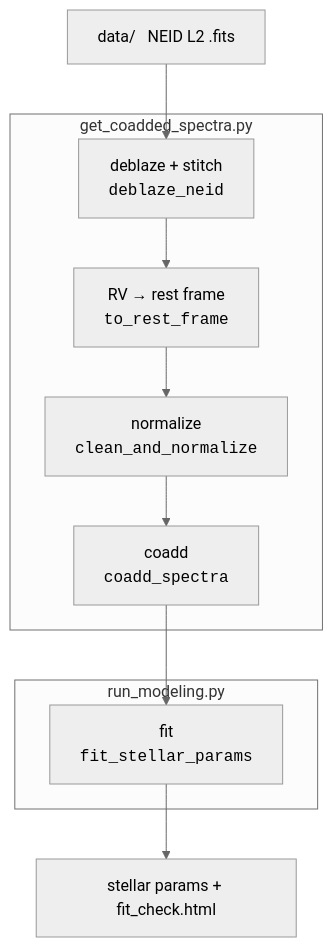
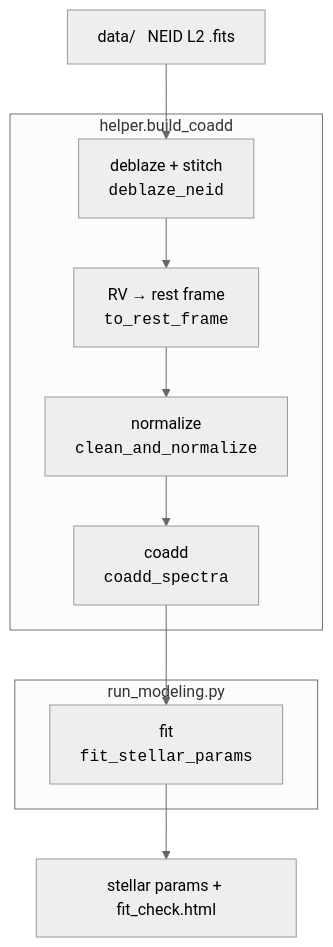
Before and after one commit to wangxianyu7/NEID_iSpec: the diagram in README.md, drawn with Mermaid (neutral theme). The commit also changed 4 other files, not shown here.

First line of the commit message:
Refactor coadding process: remove get_coadded_spectra.py, integrate functionality into helper.py

````diff
--- a/README.md
+++ b/README.md
@@ -3,13 +3,13 @@
 ```mermaid
 flowchart TD
     A[data/ &nbsp; NEID L2 .fits] --> B[deblaze + stitch<br/><code>deblaze_neid</code>]
-    subgraph S1[get_coadded_spectra.py]
+    subgraph BC[helper.build_coadd]
       B --> C[RV &rarr; rest frame<br/><code>to_rest_frame</code>]
       C --> D[normalize<br/><code>clean_and_normalize</code>]
       D --> E[coadd<br/><code>coadd_spectra</code>]
     end
-    subgraph S2[run_modeling.py]
+    subgraph RM[run_modeling.py]
       E --> F[fit<br/><code>fit_stellar_params</code>]
     end
     F --> G[stellar params + fit_check.html]
 ```
````
